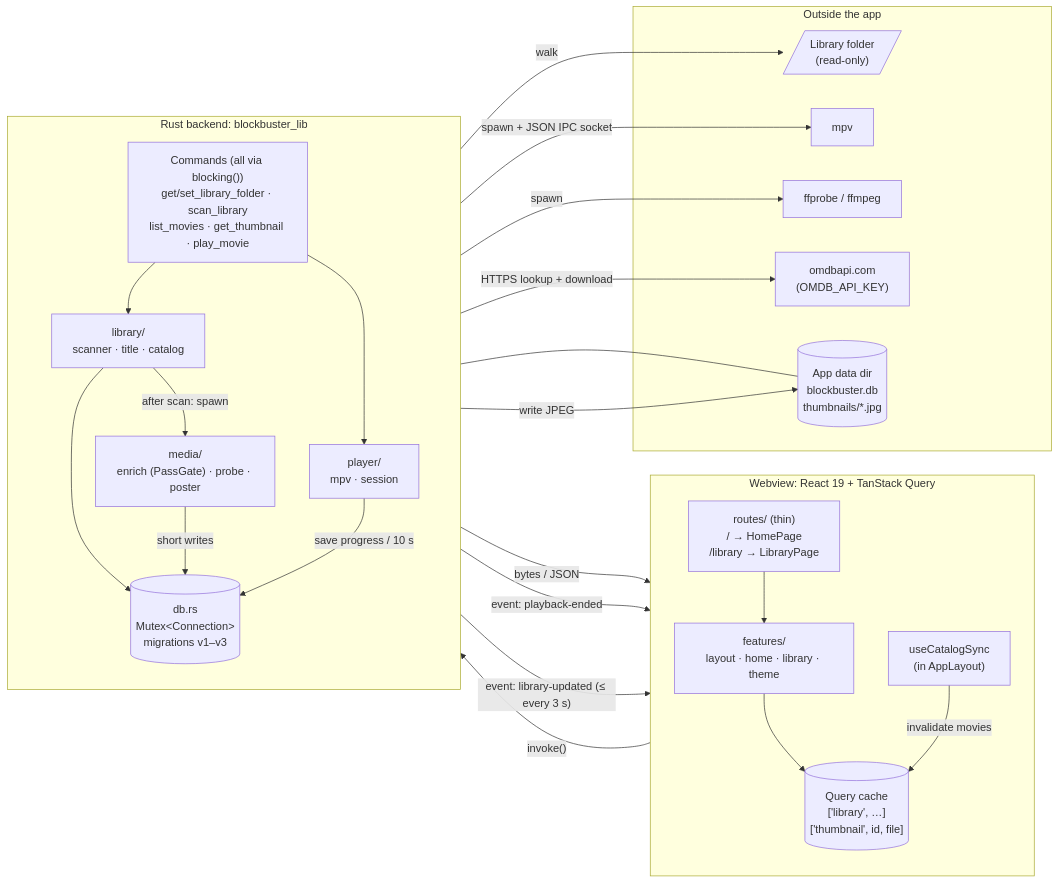
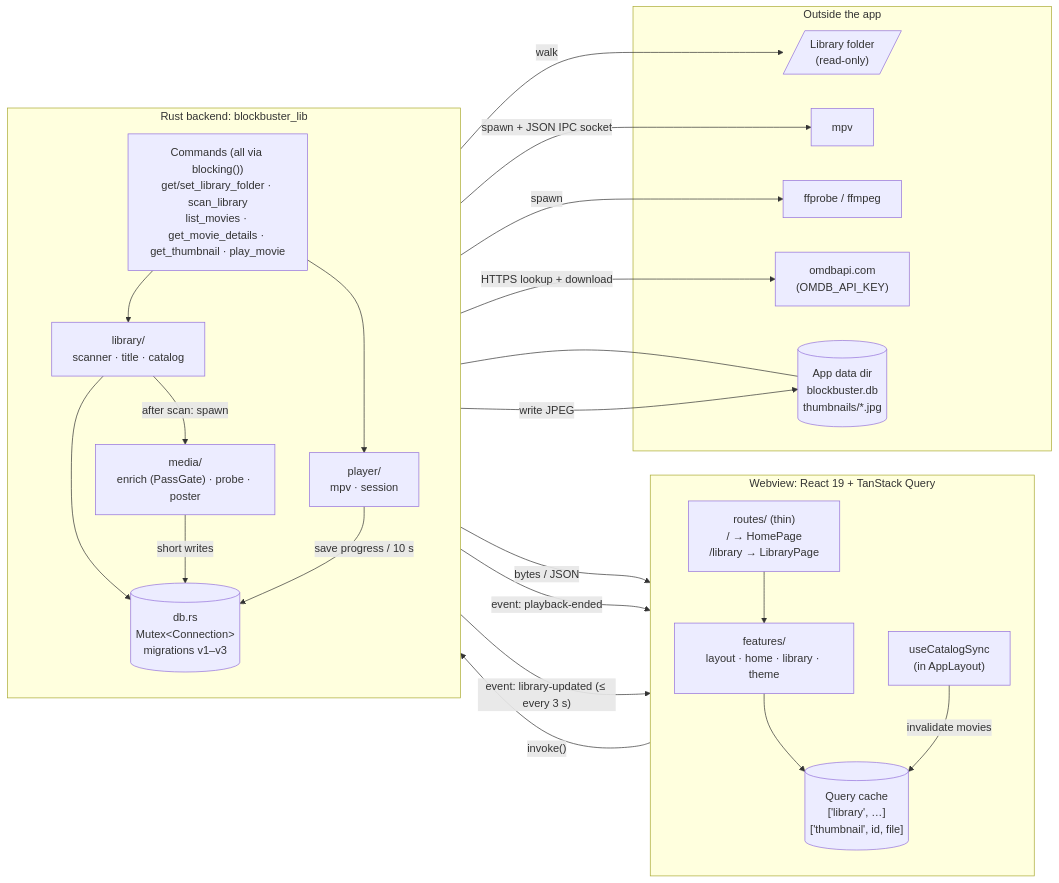
One commit to jintu-das/blockbuster changed the first of 3 diagrams in docs/architecture.md. Above: the diagram before and after it, drawn with Mermaid. The commit also changed other lines of this file and 23 other files, not shown here.

````diff
--- a/docs/architecture.md
+++ b/docs/architecture.md
@@ -9,46 +9,46 @@
 ```mermaid
 flowchart LR
   subgraph WV["Webview: React 19 + TanStack Query"]
     direction TB
     R["routes/ (thin)<br/>/ → HomePage<br/>/library → LibraryPage"]
     F["features/<br/>layout · home · library · theme"]
     Q[("Query cache<br/>['library', …]<br/>['thumbnail', id, file]")]
     S["useCatalogSync<br/>(in AppLayout)"]
     R --> F --> Q
   end
 
   subgraph RS["Rust backend: blockbuster_lib"]
     direction TB
-    CMD["Commands (all via blocking())<br/>get/set_library_folder · scan_library<br/>list_movies · get_thumbnail · play_movie"]
+    CMD["Commands (all via blocking())<br/>get/set_library_folder · scan_library<br/>list_movies · get_movie_details · get_thumbnail · play_movie"]
     LIB["library/<br/>scanner · title · catalog"]
     PLY["player/<br/>mpv · session"]
     MED["media/<br/>enrich (PassGate) · probe · poster"]
     DB[("db.rs<br/>Mutex#lt;Connection#gt;<br/>migrations v1–v3")]
     CMD --> LIB --> DB
     CMD --> PLY
     LIB -- "after scan: spawn" --> MED
     MED -- "short writes" --> DB
     PLY -- "save progress / 10 s" --> DB
   end
 
   subgraph EXT["Outside the app"]
     FS[/"Library folder<br/>(read-only)"/]
     MPV["mpv"]
     FF["ffprobe / ffmpeg"]
     OMDB["omdbapi.com<br/>(OMDB_API_KEY)"]
     DATA[("App data dir<br/>blockbuster.db<br/>thumbnails/*.jpg")]
   end
 
   F -- "invoke()" --> CMD
   CMD -- "bytes / JSON" --> F
   PLY -- "event: playback-ended" --> S
   MED -- "event: library-updated (≤ every 3 s)" --> S
   S -- "invalidate movies" --> Q
 
   LIB -- "walk" --> FS
   PLY -- "spawn + JSON IPC socket" --> MPV
   MED -- "spawn" --> FF
   MED -- "HTTPS lookup + download" --> OMDB
   DB --- DATA
   MED -- "write JPEG" --> DATA
 ```
````
